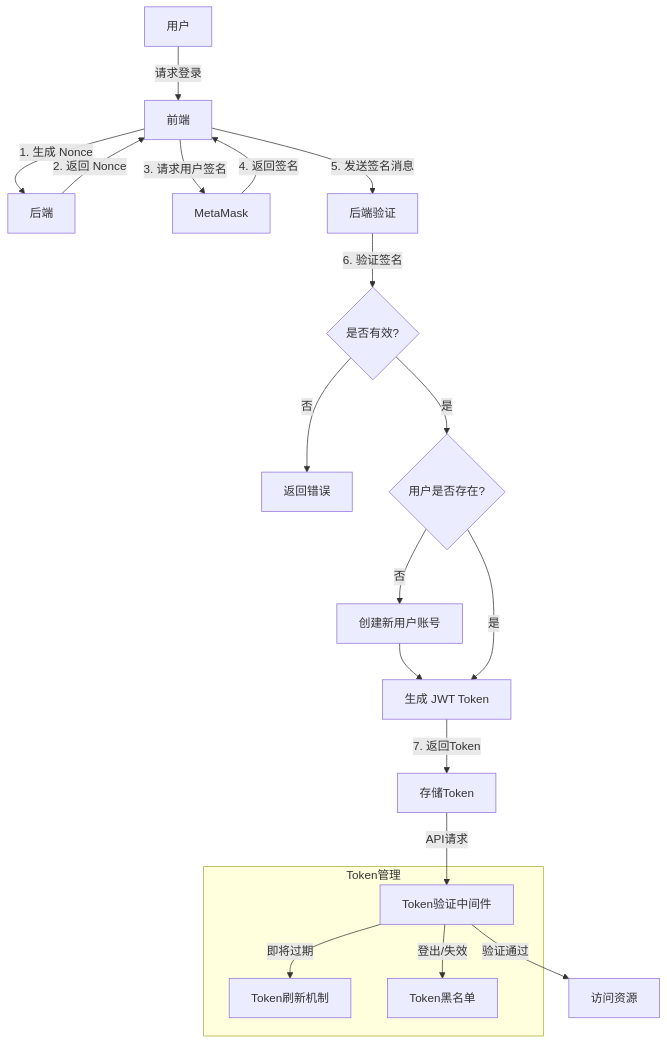
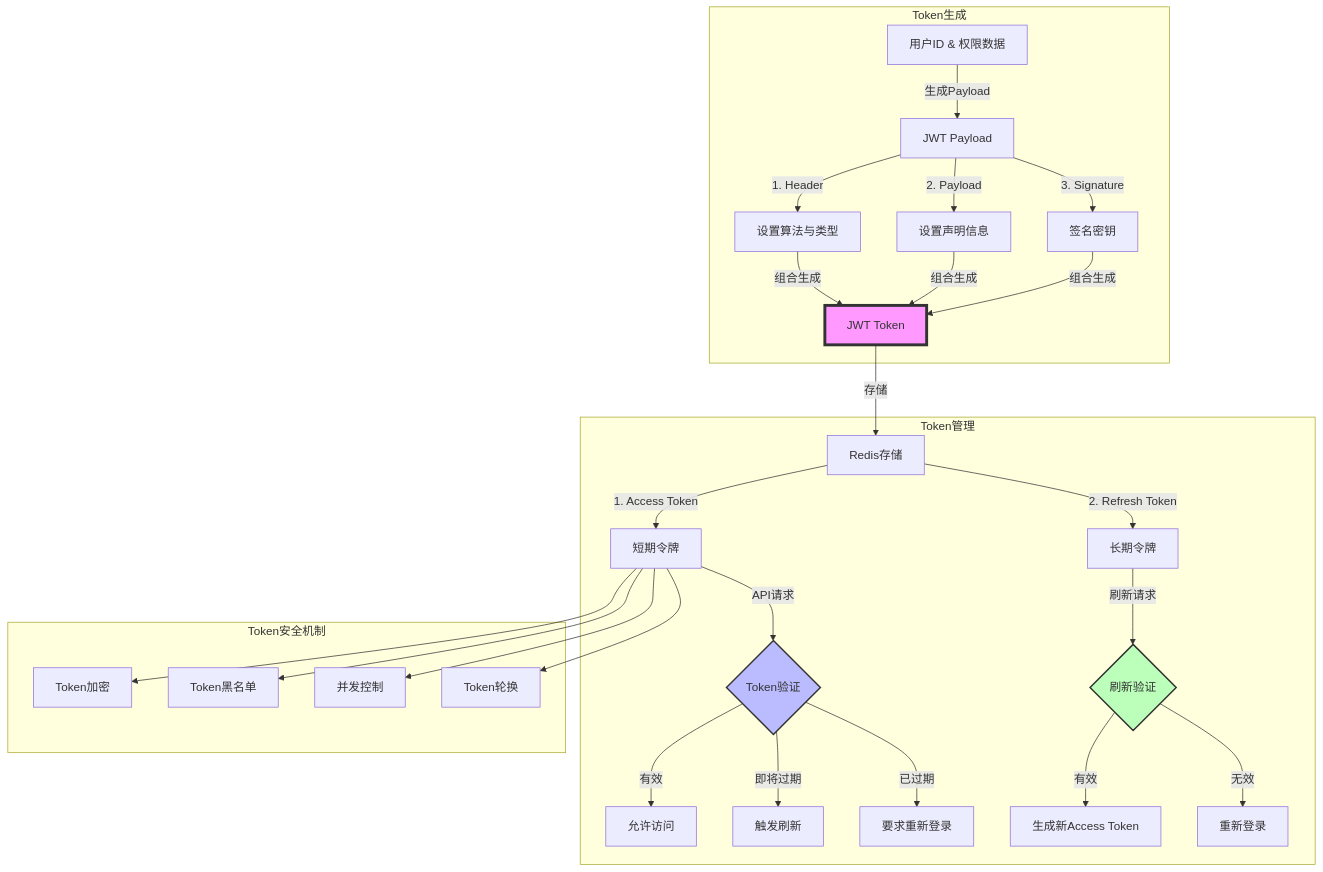
The diagram in all/未命名-10.md (yingjianzh/iodraw-files), drawn with Mermaid before and after one commit.

Commit message:
2025-01-02 10:39:50 update

````diff
--- a/all/未命名-10.md
+++ b/all/未命名-10.md
@@ -1,32 +1,41 @@
 ```mermaid
 flowchart TD
-    A[用户] -->|请求登录| B[前端]
-    B -->|1. 生成 Nonce| C[后端]
-    C -->|2. 返回 Nonce| B
-    B -->|3. 请求用户签名| D[MetaMask]
-    D -->|4. 返回签名| B
-    B -->|5. 发送签名消息| E[后端验证]
-    
-    E -->|6. 验证签名| F{是否有效?}
-    F -->|否| G[返回错误]
-    F -->|是| H{用户是否存在?}
-    
-    H -->|否| I[创建新用户账号]
-    I -->J[生成 JWT Token]
-    H -->|是| J
-    
-    J -->|7. 返回Token| K[存储Token]
-    
+    subgraph Token生成
+        A[用户ID & 权限数据] -->|生成Payload| B[JWT Payload]
+        B -->|1. Header| C[设置算法与类型]
+        B -->|2. Payload| D[设置声明信息]
+        B -->|3. Signature| E[签名密钥]
+        C & D & E -->|组合生成| F[JWT Token]
+    end
+
     subgraph Token管理
-        L[Token验证中间件]
-        M[Token刷新机制]
-        N[Token黑名单]
+        F -->|存储| G[Redis存储]
+        G -->|1. Access Token| H[短期令牌]
+        G -->|2. Refresh Token| I[长期令牌]
+        
+        H -->|API请求| J{Token验证}
+        J -->|有效| K[允许访问]
+        J -->|即将过期| L[触发刷新]
+        J -->|已过期| M[要求重新登录]
+        
+        I -->|刷新请求| N{刷新验证}
+        N -->|有效| O[生成新Access Token]
+        N -->|无效| P[重新登录]
     end
-    
-    K -->|API请求| L
-    L -->|验证通过| O[访问资源]
-    L -->|即将过期| M
-    L -->|登出/失效| N
 
-    
+    subgraph Token安全机制
+        Q[Token加密]
+        R[Token黑名单]
+        S[并发控制]
+        T[Token轮换]
+        
+        H --> Q
+        H --> R
+        H --> S
+        H --> T
+    end
+
+    style F fill:#f9f,stroke:#333,stroke-width:4px
+    style J fill:#bbf,stroke:#333,stroke-width:2px
+    style N fill:#bfb,stroke:#333,stroke-width:2px
 ```
````
